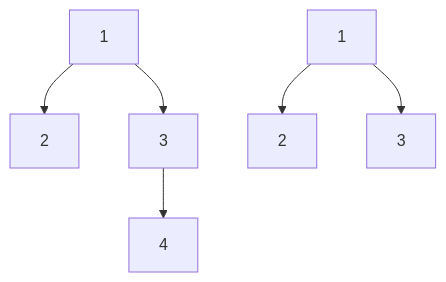
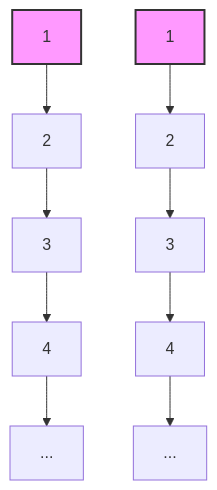
The fourth of 5 diagrams in src/modules/algorithm/seed/algorithms/binary-tree-compare/lessons/005_edge_cases_and_optimizations.md (ClaudiuBogdan/musclecode-backend-main-service), drawn with Mermaid before and after one commit. The commit also changed other lines of this file and 90 other files, not shown here.

````diff
--- a/src/modules/algorithm/seed/algorithms/binary-tree-compare/lessons/005_edge_cases_and_optimizations.md
+++ b/src/modules/algorithm/seed/algorithms/binary-tree-compare/lessons/005_edge_cases_and_optimizations.md
@@ -33,9 +57,15 @@
 ```mermaid
 graph TD;
     A1[1] --> B1[2]
-    A1 --> C1[3]
+    B1 --> C1[3]
     C1 --> D1[4]
+    D1 --> E1[...]
     
     A2[1] --> B2[2]
-    A2 --> C2[3]
+    B2 --> C2[3]
+    C2 --> D2[4]
+    D2 --> E2[...]
+    
+    style A1 fill:#f9f,stroke:#333,stroke-width:2px
+    style A2 fill:#f9f,stroke:#333,stroke-width:2px
 ```
````
